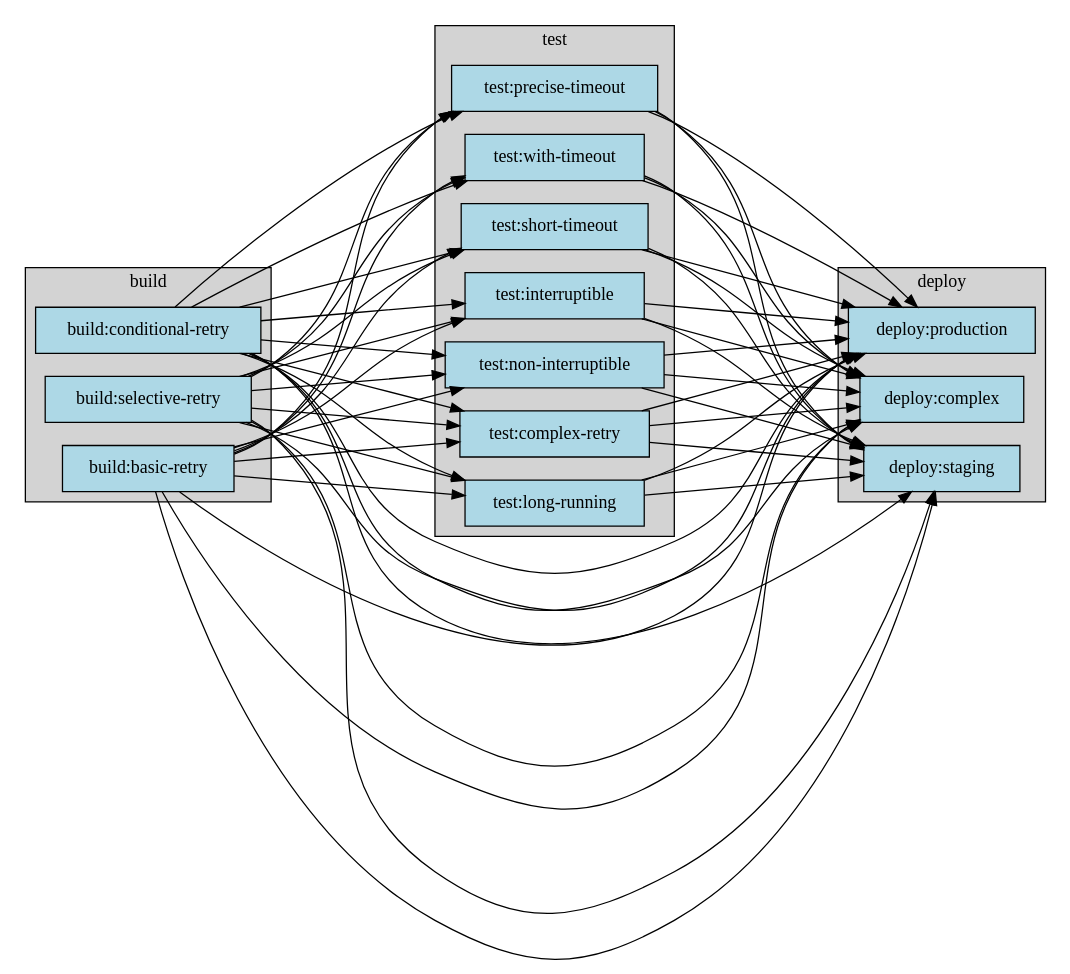
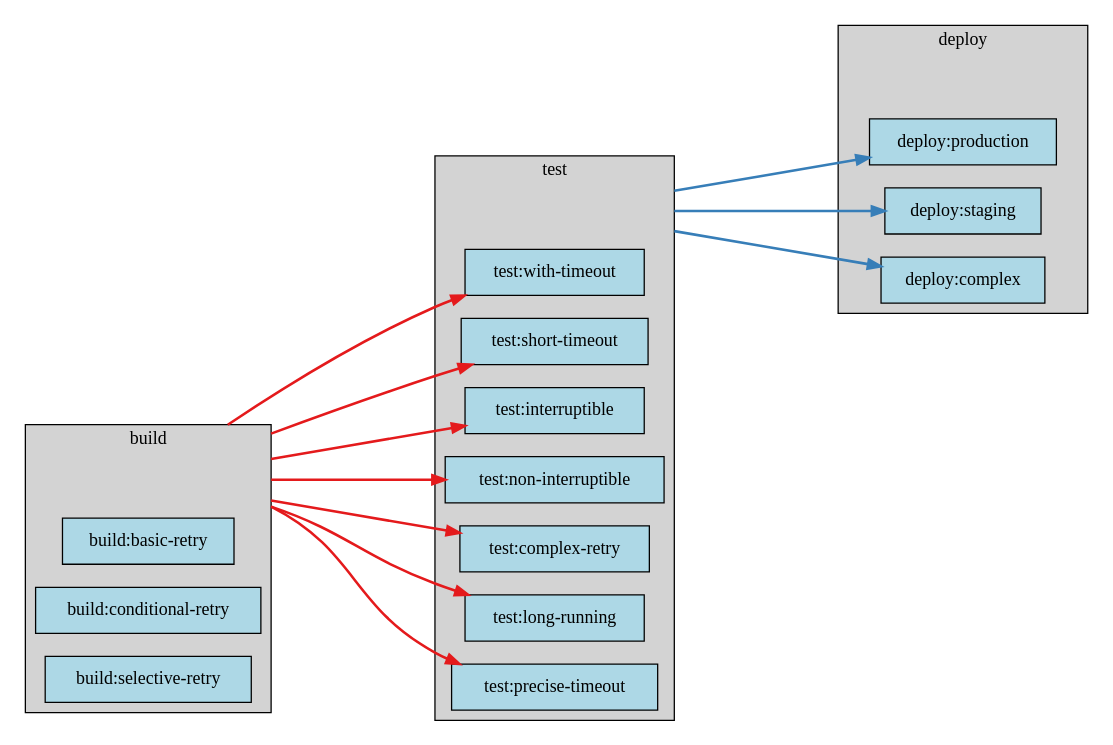
Before and after one commit to eisbaw/gitlab_local_ci: the diagram in test_ci_projects/proj14.output_reference/dag.dot, drawn with Graphviz. The commit also changed 174 other files, not shown here.

```diff
--- a/test_ci_projects/proj14.output_reference/dag.dot
+++ b/test_ci_projects/proj14.output_reference/dag.dot
@@ -1,91 +1,57 @@
 digraph pipeline {
   rankdir="LR";
   ranksep=2;
+  compound=true;
   node [shape=box, style=filled, fillcolor=lightblue];
 
   subgraph cluster_build {
     label="build";
     style=filled;
     fillcolor=lightgrey;
+
+    __stage_anchor_build [style=invis, width=0, height=0];
 
     build_basic_retry [label="build:basic-retry", tooltip="---\nstage: build\nscript:\n- echo \"Building with basic retry configuration\"\n- echo \"This job will retry up to 2 times on any failure\"\nretry: 2\n"];
     build_conditional_retry [label="build:conditional-retry", tooltip="---\nstage: build\nscript:\n- echo \"Building with conditional retry\"\n- echo \"Will retry only on specific failure types\"\nretry:\n  max: 3\n  when:\n  - runner_system_failure\n  - stuck_or_timeout_failure\n  - script_failure\n"];
     build_selective_retry [label="build:selective-retry", tooltip="---\nstage: build\nscript:\n- echo \"Building with selective retry\"\n- echo \"Only retries on infrastructure failures\"\nretry:\n  max: 2\n  when:\n  - runner_system_failure\n  - api_failure\n"];
   }
 
   subgraph cluster_test {
     label="test";
     style=filled;
     fillcolor=lightgrey;
+
+    __stage_anchor_test [style=invis, width=0, height=0];
 
     test_with_timeout [label="test:with-timeout", tooltip="---\nstage: test\nscript:\n- echo \"Running tests with timeout\"\n- echo \"This job has a 30 minute timeout\"\n- sleep 5\ntimeout: 30m\nretry: 1\n"];
     test_short_timeout [label="test:short-timeout", tooltip="---\nstage: test\nscript:\n- echo \"Running quick tests\"\n- echo \"This job has a 5 minute timeout\"\ntimeout: 5 minutes\n"];
     test_interruptible [label="test:interruptible", tooltip="---\nstage: test\nscript:\n- echo \"Running interruptible tests\"\n- echo \"This job can be cancelled if a newer pipeline starts\"\n- sleep 10\ninterruptible: true\ntimeout: 1h\n"];
     test_non_interruptible [label="test:non-interruptible", tooltip="---\nstage: test\nscript:\n- echo \"Running critical tests\"\n- echo \"This job cannot be interrupted\"\ninterruptible: false\ntimeout: 45m\n"];
     test_complex_retry [label="test:complex-retry", tooltip="---\nstage: test\nscript:\n- echo \"Running tests with complex retry logic\"\n- echo \"Different retry strategies for different failures\"\nretry:\n  max: 5\n  when:\n  - unknown_failure\n  - script_failure\n  - api_failure\n  - stuck_or_timeout_failure\n  - runner_system_failure\n  - job_execution_timeout\n  - archived_failure\n  - unmet_prerequisites\n  - scheduler_failure\n  - data_integrity_failure\ntimeout: 20m\ninterruptible: true\n"];
     test_long_running [label="test:long-running", tooltip="---\nstage: test\nscript:\n- echo \"Starting long-running test suite\"\n- echo \"This job has a 3 hour timeout\"\ntimeout: 3h\nretry: 1\ninterruptible: true\n"];
     test_precise_timeout [label="test:precise-timeout", tooltip="---\nstage: test\nscript:\n- echo \"Running tests with precise timeout\"\n- echo \"Timeout specified in seconds\"\ntimeout: 300s\nretry: 2\n"];
   }
 
   subgraph cluster_deploy {
     label="deploy";
     style=filled;
     fillcolor=lightgrey;
 
+    __stage_anchor_deploy [style=invis, width=0, height=0];
+
     deploy_production [label="deploy:production", tooltip="---\nstage: deploy\nscript:\n- echo \"Deploying to production\"\n- echo \"No retries - deployment failures require manual intervention\"\nretry: 0\ntimeout: 15m\ninterruptible: false\n"];
     deploy_staging [label="deploy:staging", tooltip="---\nstage: deploy\nscript:\n- echo \"Deploying to staging\"\n- echo \"Only retry on infrastructure issues\"\nretry:\n  max: 2\n  when:\n  - runner_system_failure\n  - stuck_or_timeout_failure\ntimeout: 10m\ninterruptible: true\n"];
     deploy_complex [label="deploy:complex", tooltip="---\nstage: deploy\nscript:\n- echo \"Complex deployment job\"\n- echo \"Has timeout, retry, and interruptible settings\"\n- sleep 3\nretry:\n  max: 3\n  when:\n  - runner_system_failure\n  - api_failure\ntimeout: 2h\ninterruptible: false\n"];
   }
 
-  build_basic_retry -> test_with_timeout;
-  build_conditional_retry -> test_with_timeout;
-  build_selective_retry -> test_with_timeout;
-  build_basic_retry -> test_short_timeout;
-  build_conditional_retry -> test_short_timeout;
-  build_selective_retry -> test_short_timeout;
-  build_basic_retry -> test_interruptible;
-  build_conditional_retry -> test_interruptible;
-  build_selective_retry -> test_interruptible;
-  build_basic_retry -> test_non_interruptible;
-  build_conditional_retry -> test_non_interruptible;
-  build_selective_retry -> test_non_interruptible;
-  build_basic_retry -> test_complex_retry;
-  build_conditional_retry -> test_complex_retry;
-  build_selective_retry -> test_complex_retry;
-  build_basic_retry -> deploy_production;
-  build_conditional_retry -> deploy_production;
-  build_selective_retry -> deploy_production;
-  test_with_timeout -> deploy_production;
-  test_short_timeout -> deploy_production;
-  test_interruptible -> deploy_production;
-  test_non_interruptible -> deploy_production;
-  test_complex_retry -> deploy_production;
-  test_long_running -> deploy_production;
-  test_precise_timeout -> deploy_production;
-  build_basic_retry -> deploy_staging;
-  build_conditional_retry -> deploy_staging;
-  build_selective_retry -> deploy_staging;
-  test_with_timeout -> deploy_staging;
-  test_short_timeout -> deploy_staging;
-  test_interruptible -> deploy_staging;
-  test_non_interruptible -> deploy_staging;
-  test_complex_retry -> deploy_staging;
-  test_long_running -> deploy_staging;
-  test_precise_timeout -> deploy_staging;
-  build_basic_retry -> deploy_complex;
-  build_conditional_retry -> deploy_complex;
-  build_selective_retry -> deploy_complex;
-  test_with_timeout -> deploy_complex;
-  test_short_timeout -> deploy_complex;
-  test_interruptible -> deploy_complex;
-  test_non_interruptible -> deploy_complex;
-  test_complex_retry -> deploy_complex;
-  test_long_running -> deploy_complex;
-  test_precise_timeout -> deploy_complex;
-  build_basic_retry -> test_long_running;
-  build_conditional_retry -> test_long_running;
-  build_selective_retry -> test_long_running;
-  build_basic_retry -> test_precise_timeout;
-  build_conditional_retry -> test_precise_timeout;
-  build_selective_retry -> test_precise_timeout;
+  __stage_anchor_build -> test_with_timeout [ltail=cluster_build, style=bold, color="#E41A1C"];
+  __stage_anchor_build -> test_short_timeout [ltail=cluster_build, style=bold, color="#E41A1C"];
+  __stage_anchor_build -> test_interruptible [ltail=cluster_build, style=bold, color="#E41A1C"];
+  __stage_anchor_build -> test_non_interruptible [ltail=cluster_build, style=bold, color="#E41A1C"];
+  __stage_anchor_build -> test_complex_retry [ltail=cluster_build, style=bold, color="#E41A1C"];
+  __stage_anchor_test -> deploy_production [ltail=cluster_test, style=bold, color="#377EB8"];
+  __stage_anchor_test -> deploy_staging [ltail=cluster_test, style=bold, color="#377EB8"];
+  __stage_anchor_test -> deploy_complex [ltail=cluster_test, style=bold, color="#377EB8"];
+  __stage_anchor_build -> test_long_running [ltail=cluster_build, style=bold, color="#E41A1C"];
+  __stage_anchor_build -> test_precise_timeout [ltail=cluster_build, style=bold, color="#E41A1C"];
 }
```
